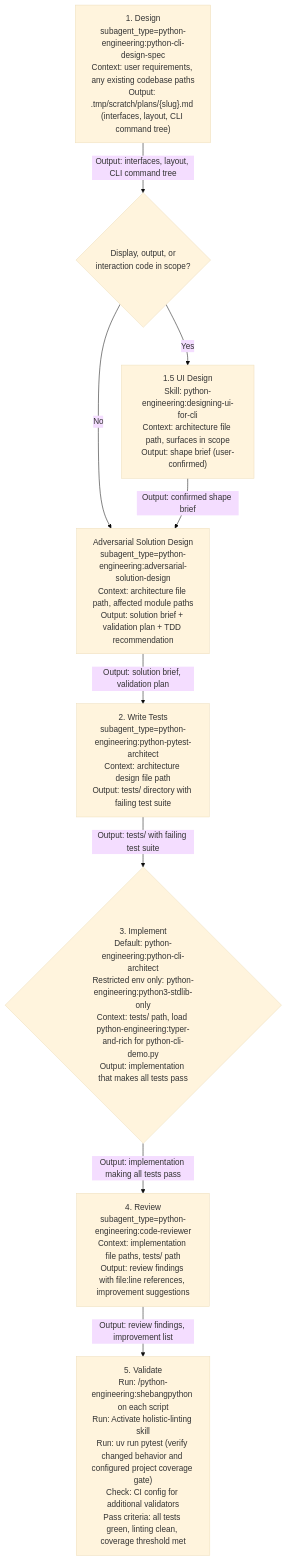
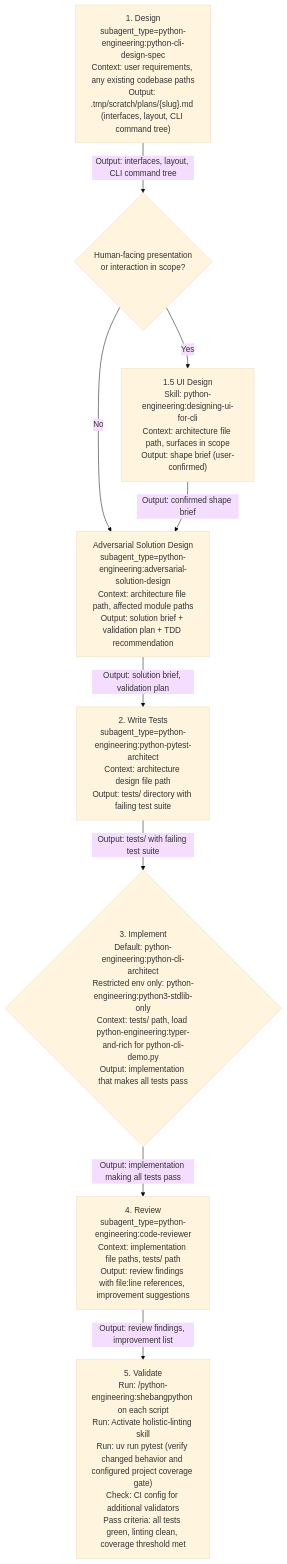
Before and after one commit to Jamie-BitFlight/claude_skills: the first of 6 diagrams in plugins/python-engineering/skills/orchestrating-python-development/SKILL.md, drawn with Mermaid (base theme). The commit also changed other lines of this file, not shown here.

````diff
--- a/plugins/python-engineering/skills/orchestrating-python-development/SKILL.md
+++ b/plugins/python-engineering/skills/orchestrating-python-development/SKILL.md
@@ -53,19 +53,19 @@
 ```mermaid
 flowchart TD
     S1["1. Design<br>subagent_type=python-engineering:python-cli-design-spec<br>Context: user requirements, any existing codebase paths<br>Output: .tmp/scratch/plans/{slug}.md (interfaces, layout, CLI command tree)"]
     S2["2. Write Tests<br>subagent_type=python-engineering:python-pytest-architect<br>Context: architecture design file path<br>Output: tests/ directory with failing test suite"]
     S3{"3. Implement<br>Default: python-engineering:python-cli-architect<br>Restricted env only: python-engineering:python3-stdlib-only<br>Context: tests/ path, load python-engineering:typer-and-rich for python-cli-demo.py<br>Output: implementation that makes all tests pass"}
     S4["4. Review<br>subagent_type=python-engineering:code-reviewer<br>Context: implementation file paths, tests/ path<br>Output: review findings with file:line references, improvement suggestions"]
     S5["5. Validate<br>Run: /python-engineering:shebangpython on each script<br>Run: Activate holistic-linting skill<br>Run: uv run pytest (verify changed behavior and configured project coverage gate)<br>Check: CI config for additional validators<br>Pass criteria: all tests green, linting clean, coverage threshold met"]
-    S1Q{"Display, output, or<br>interaction code in scope?"}
+    S1Q{"Human-facing presentation<br>or interaction in scope?"}
     S1B["1.5 UI Design<br>Skill: python-engineering:designing-ui-for-cli<br>Context: architecture file path, surfaces in scope<br>Output: shape brief (user-confirmed)"]
     S1 -->|"Output: interfaces, layout, CLI command tree"| S1Q
     S_AD["Adversarial Solution Design<br>subagent_type=python-engineering:adversarial-solution-design<br>Context: architecture file path, affected module paths<br>Output: solution brief + validation plan + TDD recommendation"]
     S1Q -->|"No"| S_AD
     S1Q -->|"Yes"| S1B
     S1B -->|"Output: confirmed shape brief"| S_AD
     S_AD -->|"Output: solution brief, validation plan"| S2
     S2 -->|"Output: tests/ with failing test suite"| S3
     S3 -->|"Output: implementation making all tests pass"| S4
     S4 -->|"Output: review findings, improvement list"| S5
 ```
````
